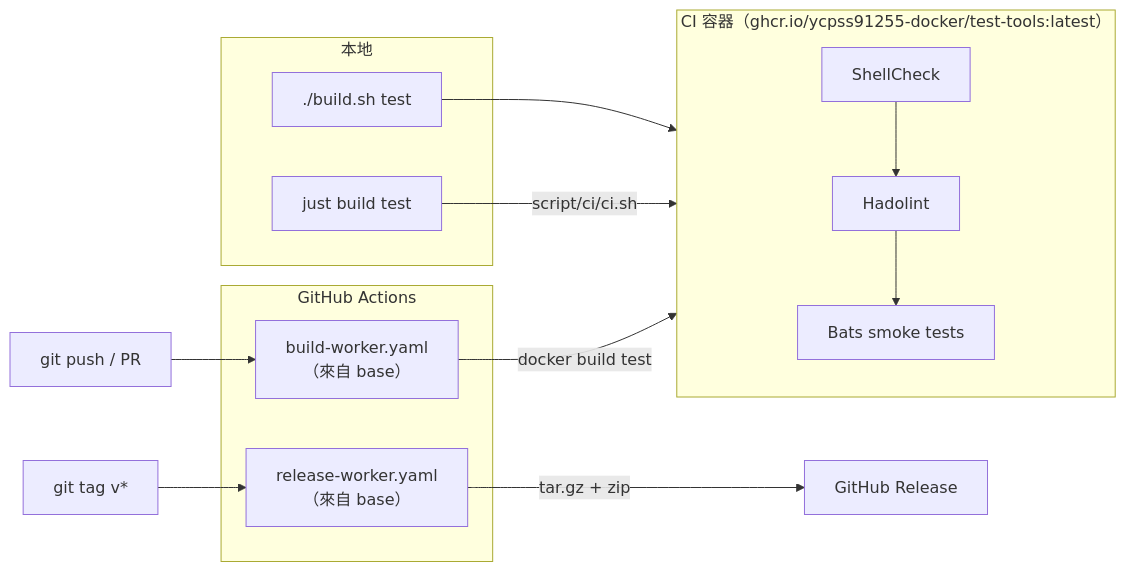
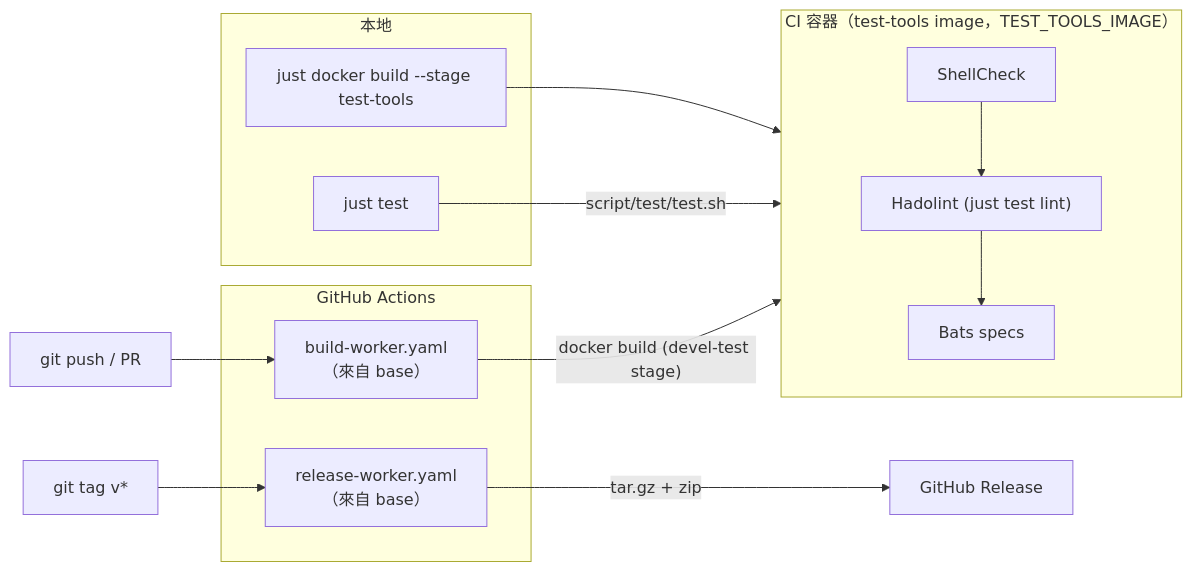
The second of 2 diagrams in .base/doc/readme/README.zh-TW.md (ycpss91255-docker/isaac), drawn with Mermaid before and after one commit. The commit also changed other lines of this file and 411 other files, not shown here.

````diff
--- a/.base/doc/readme/README.zh-TW.md
+++ b/.base/doc/readme/README.zh-TW.md
@@ -81,27 +110,27 @@
 ```mermaid
 flowchart LR
     subgraph local["本地"]
-        build_test["./build.sh test"]
-        make_test["just build test"]
+        just_test["just test"]
+        just_build["just docker build --stage test-tools"]
     end
 
-    subgraph ci_container["CI 容器（ghcr.io/ycpss91255-docker/test-tools:latest）"]
+    subgraph ci_container["CI 容器（test-tools image，TEST_TOOLS_IMAGE）"]
         shellcheck["ShellCheck"]
-        hadolint["Hadolint"]
-        bats["Bats smoke tests"]
+        hadolint["Hadolint (just test lint)"]
+        bats["Bats specs"]
     end
 
     subgraph github["GitHub Actions"]
         build_worker["build-worker.yaml<br/>（來自 base）"]
         release_worker["release-worker.yaml<br/>（來自 base）"]
     end
 
-    build_test --> ci_container
-    make_test -->|"script/ci/ci.sh"| ci_container
+    just_build --> ci_container
+    just_test -->|"script/test/test.sh"| ci_container
     shellcheck --> hadolint --> bats
 
     push["git push / PR"] --> build_worker
-    build_worker -->|"docker build test"| ci_container
+    build_worker -->|"docker build (devel-test stage)"| ci_container
     tag["git tag v*"] --> release_worker
     release_worker -->|"tar.gz + zip"| release["GitHub Release"]
 ```
````
